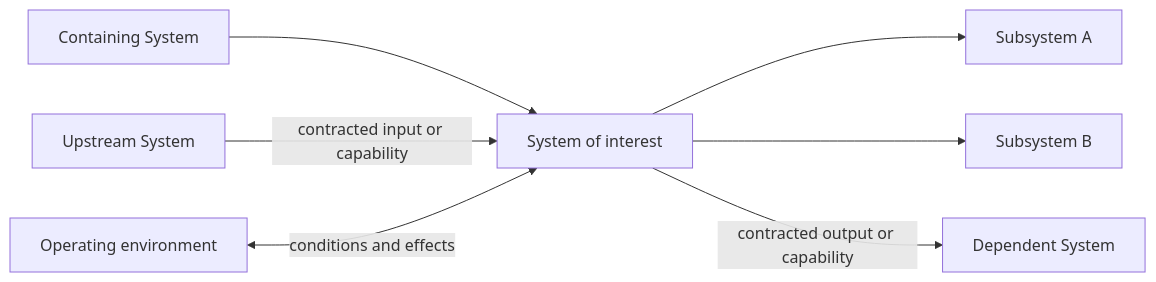
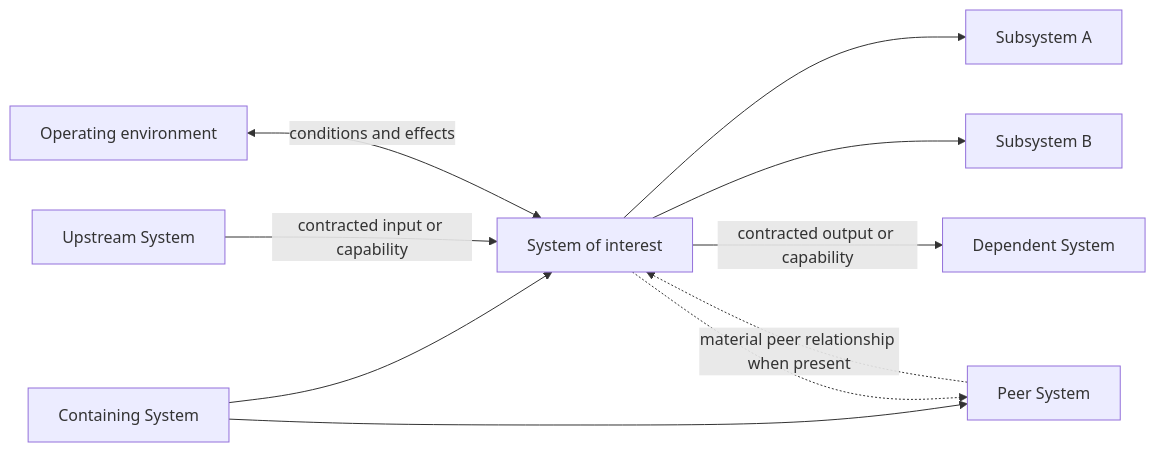
Before and after one commit to JustYannicc/skills: the third of 7 diagrams in skills/thinking-in-systems/references/standard.md, drawn with Mermaid. The commit also changed other lines of this file and 10 other files, not shown here.

````diff
--- a/skills/thinking-in-systems/references/standard.md
+++ b/skills/thinking-in-systems/references/standard.md
@@ -180,17 +220,21 @@
 ```mermaid
 flowchart LR
   C["Containing System"]
   S["System of interest"]
   SS1["Subsystem A"]
   SS2["Subsystem B"]
   U["Upstream System"]
   D["Dependent System"]
+  P["Peer System"]
   E["Operating environment"]
 
   C --> S
+  C --> P
   S --> SS1
   S --> SS2
   U -->|"contracted input or capability"| S
   S -->|"contracted output or capability"| D
+  P -.->|"material peer relationship when present"| S
+  S -.-> P
   E <-->|"conditions and effects"| S
 ```
````
